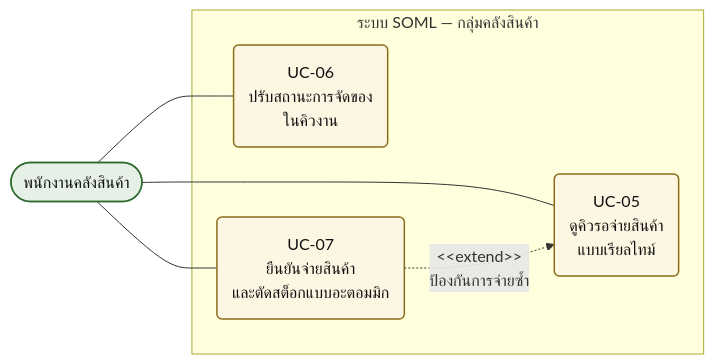
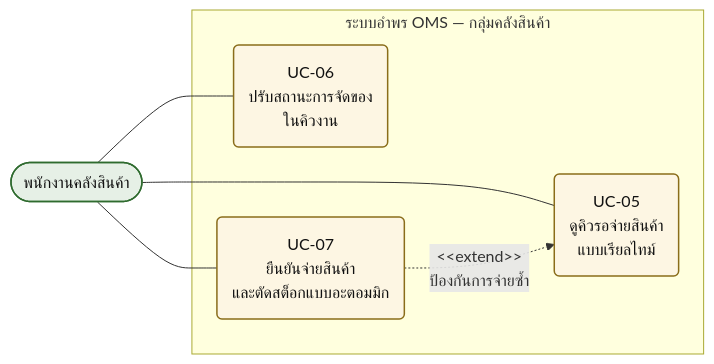
Before and after one commit to TriratWongsit/soml-pos-inventory: the diagram in Documents/assets/diagrams/fig3-08_uc_warehouse.mmd, drawn with Mermaid. The commit also changed 861 other files, not shown here.

```diff
--- a/Documents/assets/diagrams/fig3-08_uc_warehouse.mmd
+++ b/Documents/assets/diagrams/fig3-08_uc_warehouse.mmd
@@ -1,15 +1,15 @@
 flowchart LR
     WH(["พนักงานคลังสินค้า"])
-    subgraph SYS["ระบบ SOML — กลุ่มคลังสินค้า"]
+    subgraph SYS["ระบบอำพร OMS — กลุ่มคลังสินค้า"]
         UC5("UC-05<br/>ดูคิวรอจ่ายสินค้า<br/>แบบเรียลไทม์")
         UC6("UC-06<br/>ปรับสถานะการจัดของ<br/>ในคิวงาน")
         UC7("UC-07<br/>ยืนยันจ่ายสินค้า<br/>และตัดสต็อกแบบอะตอมมิก")
     end
     WH --- UC5
     WH --- UC6
     WH --- UC7
     UC7 -.->|"&lt;&lt;extend&gt;&gt;<br/>ป้องกันการจ่ายซ้ำ"| UC5
     classDef actor fill:#e6f0e6,stroke:#2f6b2f,stroke-width:1.5px,color:#111
     classDef uc fill:#fdf6e3,stroke:#8a6d1a,stroke-width:1.5px,color:#111
     class WH actor
     class UC5,UC6,UC7 uc
```
